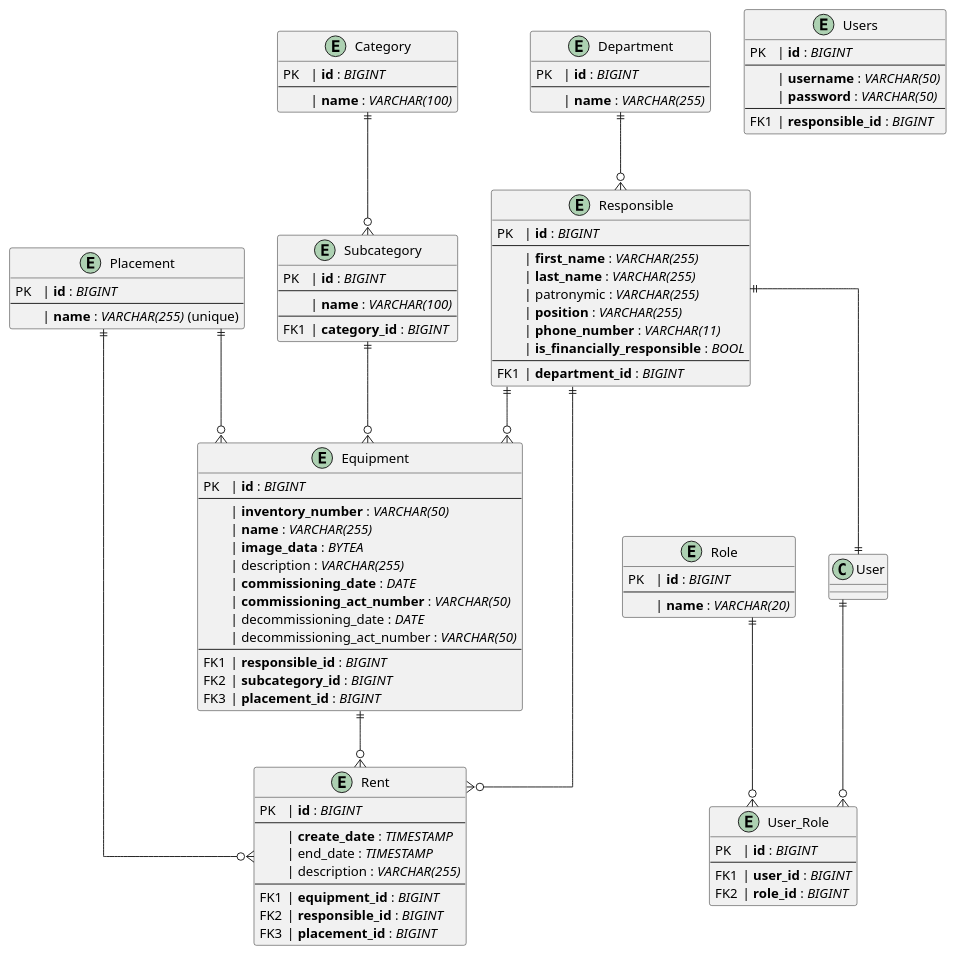
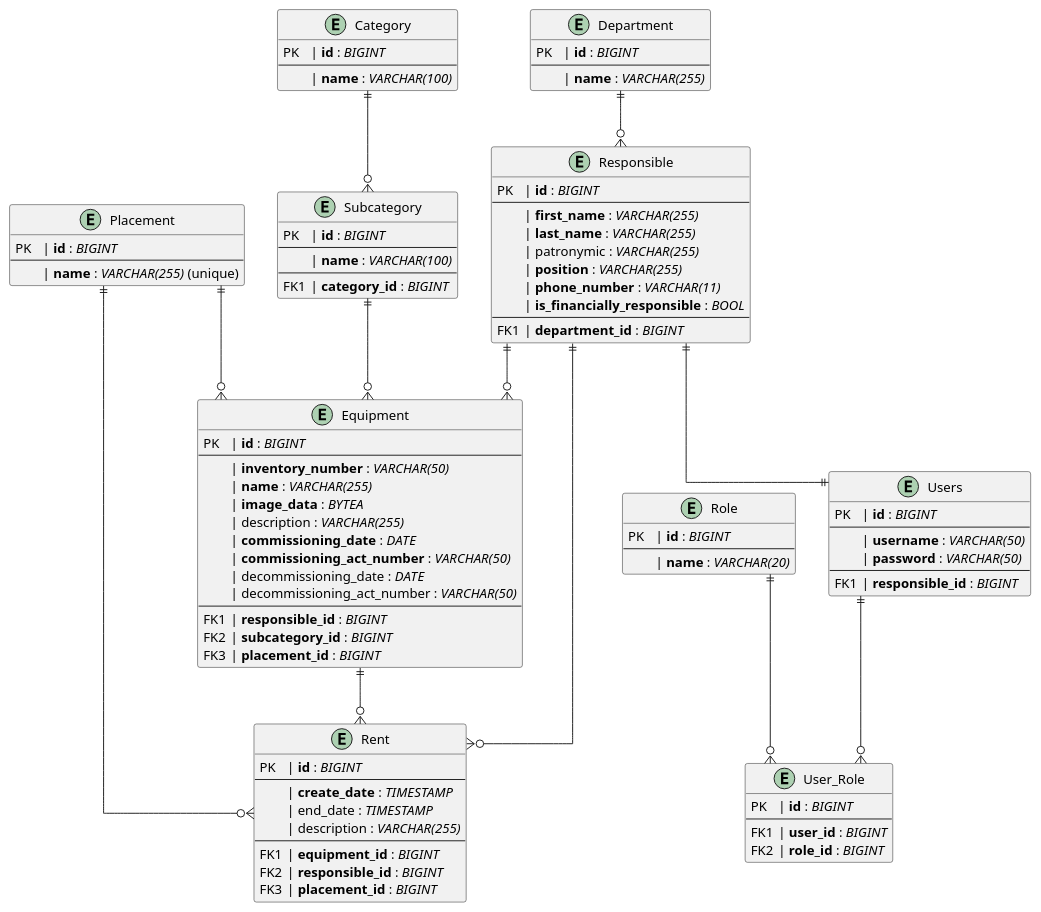
One commit to http3ac3/mtru-server changed the diagram in docs/er.puml. Above: the diagram before and after it, drawn with PlantUML.

Commit message:
fix er diagram

```diff
--- a/docs/er.puml
+++ b/docs/er.puml
@@ -1,110 +1,110 @@
 @startuml
 skinparam linetype ortho
 
 'сущности
 
 entity Equipment {
   PK\t| **id** : //BIGINT//
   --
     \t| **inventory_number** : //VARCHAR(50)//
     \t| **name** : //VARCHAR(255)//
     \t| **image_data** : //BYTEA//
     \t| description : //VARCHAR(255)//
     \t| **commissioning_date** : //DATE//
     \t| **commissioning_act_number** : //VARCHAR(50)//
     \t| decommissioning_date : //DATE//
     \t| decommissioning_act_number : //VARCHAR(50)//
   --
   FK1\t| **responsible_id** : //BIGINT//
   FK2\t| **subcategory_id** : //BIGINT//
   FK3\t| **placement_id** : //BIGINT//
 }
 
 entity Placement {
   PK\t| **id** : //BIGINT//
   --
     \t| **name** : //VARCHAR(255)// (unique)
 }
 
 entity Department {
   PK\t| **id** : //BIGINT//
   --
     \t| **name** : //VARCHAR(255)//
 }
 
 entity Responsible {
   PK\t| **id** : //BIGINT//
   --
     \t| **first_name** : //VARCHAR(255)//
     \t| **last_name** : //VARCHAR(255)//
     \t| patronymic : //VARCHAR(255)//
     \t| **position** : //VARCHAR(255)//
     \t| **phone_number** : //VARCHAR(11)//
     \t| **is_financially_responsible** : //BOOL//
   --
   FK1\t| **department_id** : //BIGINT//
 }
 
 entity Category {
   PK\t| **id** : //BIGINT//
   --
     \t| **name** : //VARCHAR(100)//
 }
 
 entity Subcategory {
   PK\t| **id** : //BIGINT//
   --
     \t| **name** : //VARCHAR(100)//
   --
   FK1\t| **category_id** : //BIGINT//
 }
 
 entity Rent {
   PK\t| **id** : //BIGINT//
   --
     \t| **create_date** : //TIMESTAMP//
     \t| end_date : //TIMESTAMP//
     \t| description : //VARCHAR(255)//
   --
   FK1\t| **equipment_id** : //BIGINT//
   FK2\t| **responsible_id** : //BIGINT//
   FK3\t| **placement_id** : //BIGINT//
 }
 
 entity Users {
   PK\t| **id** : //BIGINT//
   --
     \t| **username** : //VARCHAR(50)//
     \t| **password** : //VARCHAR(50)//
   --
   FK1\t| **responsible_id** : //BIGINT//
 }
 
 entity Role {
   PK\t| **id** : //BIGINT//
   --
     \t| **name** : //VARCHAR(20)//
 }
 
 entity User_Role {
   PK\t| **id** : //BIGINT//
   --
   FK1\t| **user_id** : //BIGINT//
   FK2\t| **role_id** : //BIGINT//
 }
 
 'relationships
 
 Category    ||--o{ Subcategory
 Subcategory ||--o{ Equipment
 Equipment   ||--o{ Rent
 Responsible ||--o{ Rent
 Placement   ||--o{ Equipment
 Placement   ||--o{ Rent
-Responsible ||--|| User
+Responsible ||--|| Users
 Department ||--o{ Responsible
 Responsible ||--o{ Equipment
 
-User ||--o{ User_Role
+Users ||--o{ User_Role
 Role ||--o{ User_Role
 @enduml
```
